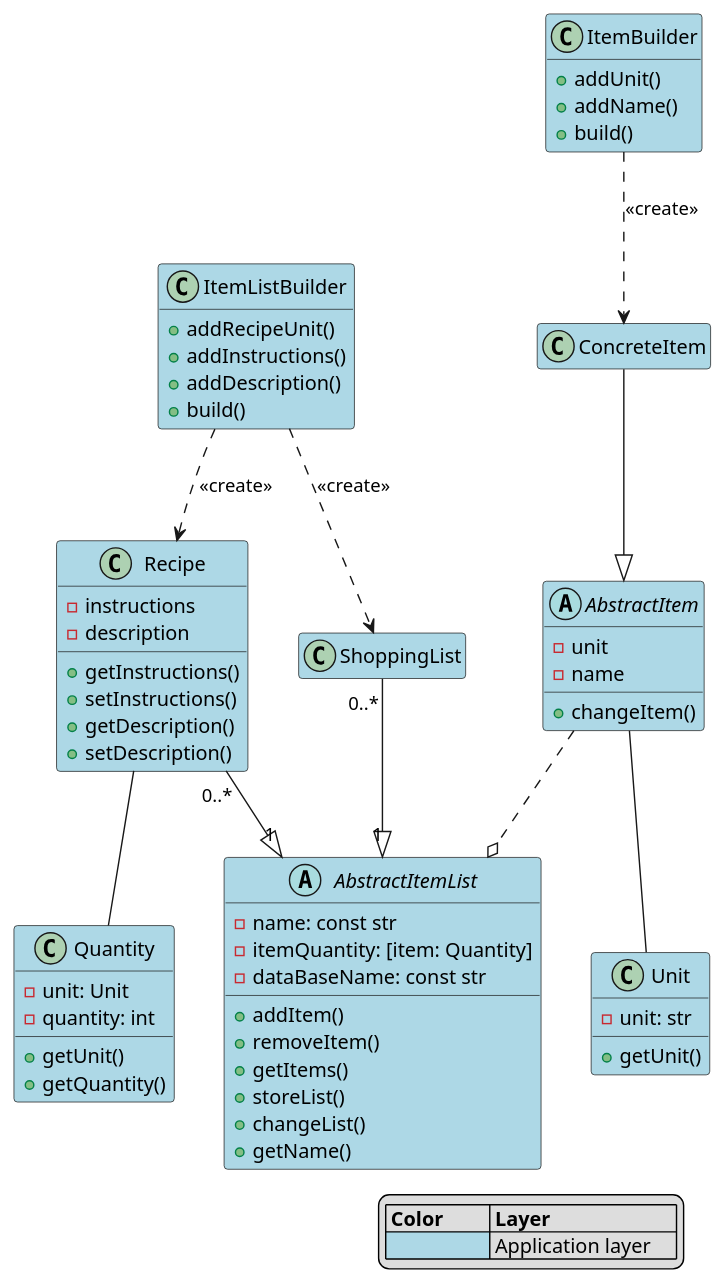
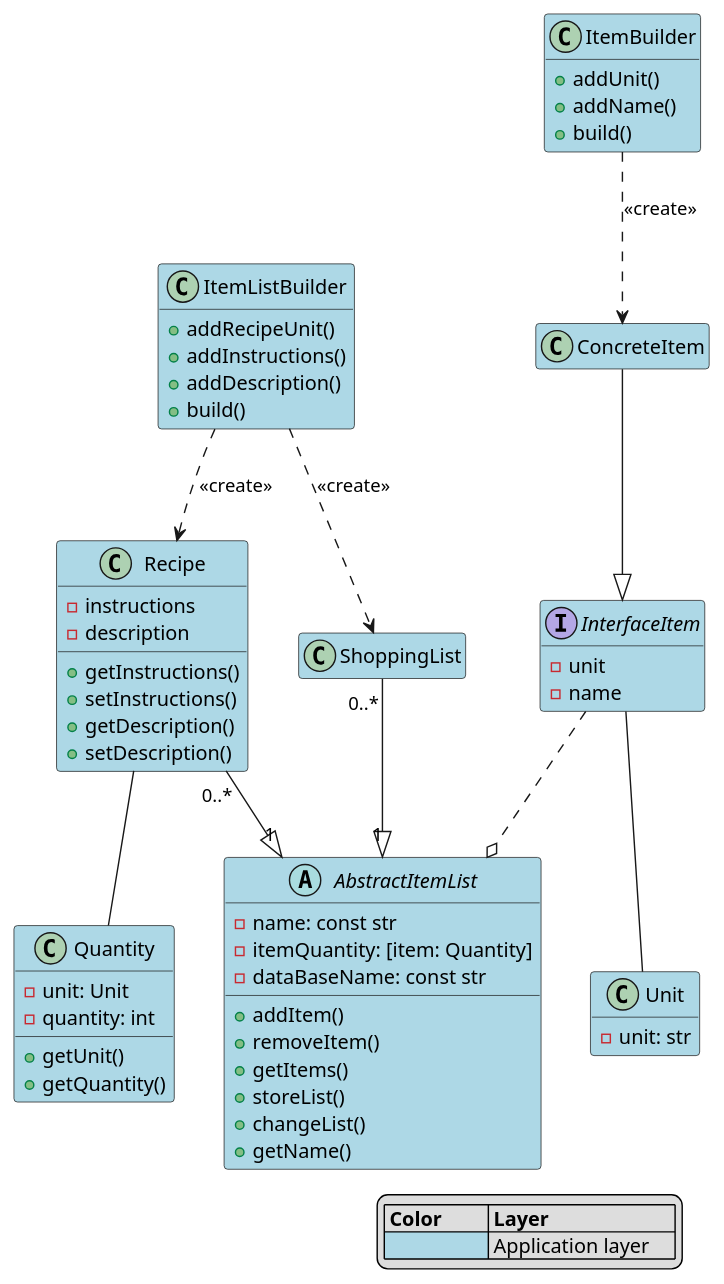
One commit to Uhgtred/Recipe_Shopping_List changed the diagram in Architecture/Application/ClassViewApplication.puml. Above: the diagram before and after it, drawn with PlantUML. The commit also changed 16 other files, not shown here.

```diff
--- a/Architecture/Application/ClassViewApplication.puml
+++ b/Architecture/Application/ClassViewApplication.puml
@@ -1,75 +1,73 @@
 @startuml
 hide empty members
 
 
 
 class ItemListBuilder #lightblue{
     + addRecipeUnit()
     + addInstructions()
     + addDescription()
     + build()
 }
 ItemListBuilder ..> Recipe: <<create>>
 ItemListBuilder ..> ShoppingList: <<create>>
 
 class ItemBuilder #lightblue{
    + addUnit()
    + addName()
    + build()
 }
 ItemBuilder ..> ConcreteItem: <<create>>
 
-abstract class AbstractItem #lightblue{
+interface InterfaceItem #lightblue{
    - unit
    - name
-   + changeItem()
 }
-AbstractItem ..o AbstractItemList
-AbstractItem -- Unit
+InterfaceItem ..o AbstractItemList
+InterfaceItem -- Unit
 
 class ShoppingList #lightblue
 ShoppingList "0..*" --|> "1" AbstractItemList
 
 class Recipe #lightblue {
     - instructions
     - description
     + getInstructions()
     + setInstructions()
     + getDescription()
     + setDescription()
 }
 Recipe "0..*" --|> "1" AbstractItemList
 Recipe -- Quantity
 
 abstract class AbstractItemList #lightblue{
    - name: const str
    - itemQuantity: [item: Quantity]
    - dataBaseName: const str
    + addItem()
    + removeItem()
    + getItems()
    + storeList()
    + changeList()
    + getName()
 }
 
 class ConcreteItem #lightblue
-ConcreteItem --|> AbstractItem
+ConcreteItem --|> InterfaceItem
 
 class Quantity #lightblue{
     - unit: Unit
     - quantity: int
     + getUnit()
     + getQuantity()
 }
 
 class Unit #lightblue{
     - unit: str
-    + getUnit()
 }
 
 legend bottom right
 | **Color**         | **Layer**             |
 | <#lightblue>      | Application layer     |
 end legend
 @enduml
```
